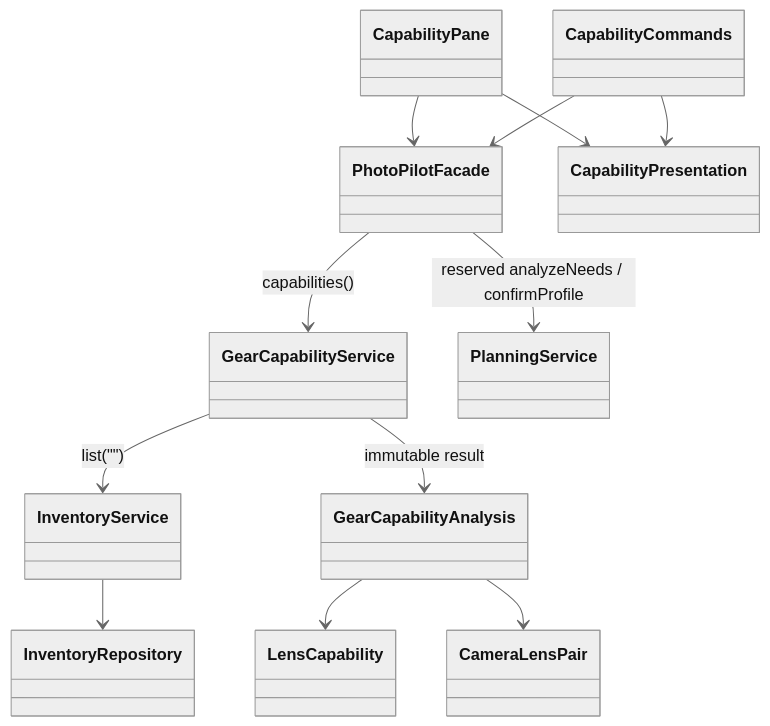
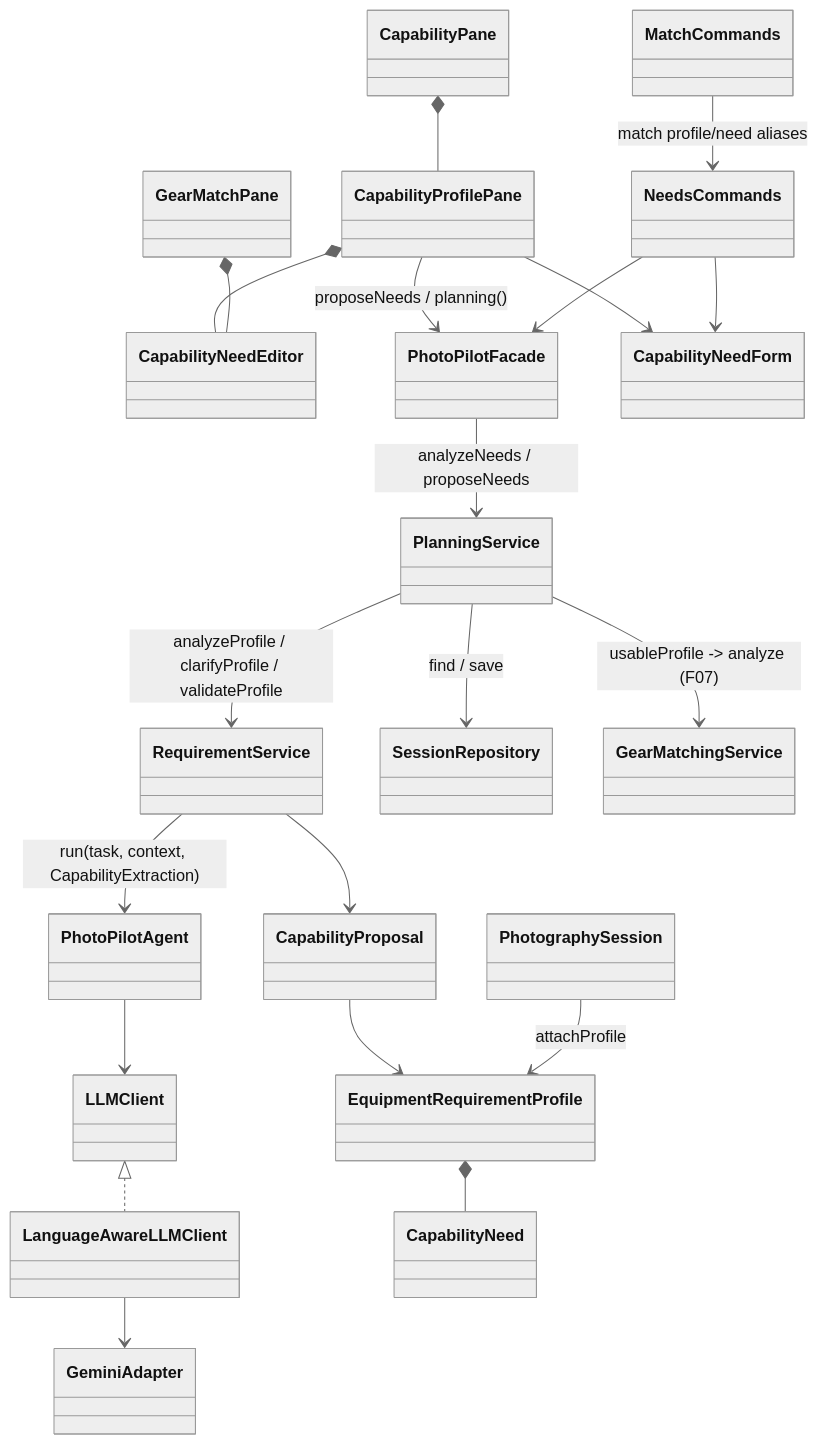
Before and after one commit to zboToronto/PhotoPilot: the first of 2 diagrams in Stage2/docs/f06-capabilities.md, drawn with Mermaid (neutral theme). The commit also changed other lines of this file and 30 other files, not shown here.

````diff
--- a/Stage2/docs/f06-capabilities.md
+++ b/Stage2/docs/f06-capabilities.md
@@ -28,14 +43,23 @@
 ```mermaid
 classDiagram
-    PhotoPilotFacade --> GearCapabilityService : capabilities()
-    GearCapabilityService --> InventoryService : list("")
-    InventoryService --> InventoryRepository
-    GearCapabilityService --> GearCapabilityAnalysis : immutable result
-    GearCapabilityAnalysis --> LensCapability
-    GearCapabilityAnalysis --> CameraLensPair
-    CapabilityPane --> PhotoPilotFacade
-    CapabilityCommands --> PhotoPilotFacade
-    CapabilityPane --> CapabilityPresentation
-    CapabilityCommands --> CapabilityPresentation
-    PhotoPilotFacade --> PlanningService : reserved analyzeNeeds / confirmProfile
+    CapabilityPane *-- CapabilityProfilePane
+    CapabilityProfilePane *-- CapabilityNeedEditor
+    GearMatchPane *-- CapabilityNeedEditor
+    CapabilityProfilePane --> PhotoPilotFacade : proposeNeeds / planning()
+    NeedsCommands --> PhotoPilotFacade
+    MatchCommands --> NeedsCommands : match profile/need aliases
+    CapabilityProfilePane --> CapabilityNeedForm
+    NeedsCommands --> CapabilityNeedForm
+    PhotoPilotFacade --> PlanningService : analyzeNeeds / proposeNeeds
+    PlanningService --> RequirementService : analyzeProfile / clarifyProfile / validateProfile
+    PlanningService --> SessionRepository : find / save
+    RequirementService --> PhotoPilotAgent : run(task, context, CapabilityExtraction)
+    PhotoPilotAgent --> LLMClient
+    LLMClient <|.. LanguageAwareLLMClient
+    LanguageAwareLLMClient --> GeminiAdapter
+    RequirementService --> CapabilityProposal
+    CapabilityProposal --> EquipmentRequirementProfile
+    EquipmentRequirementProfile *-- CapabilityNeed
+    PhotographySession --> EquipmentRequirementProfile : attachProfile
+    PlanningService --> GearMatchingService : usableProfile -> analyze (F07)
 ```
````
